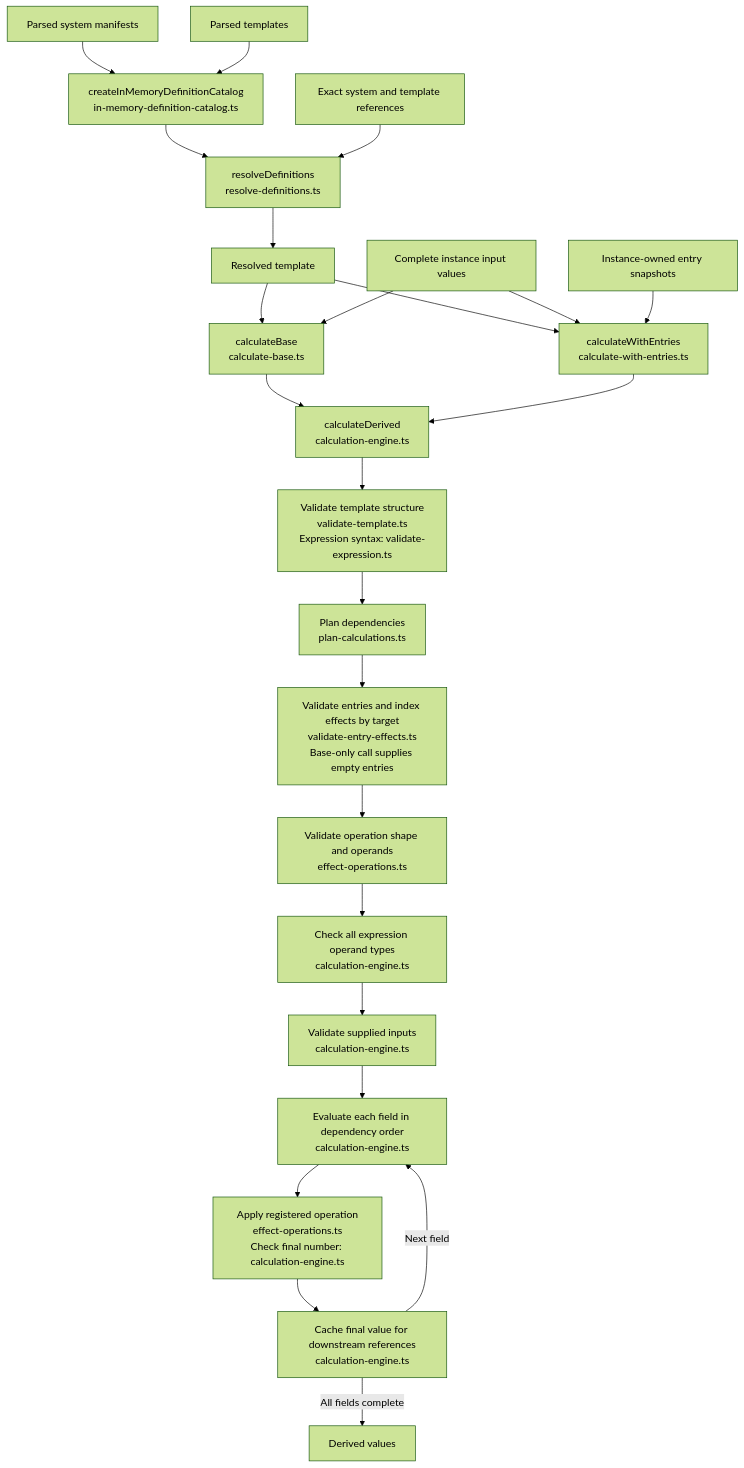
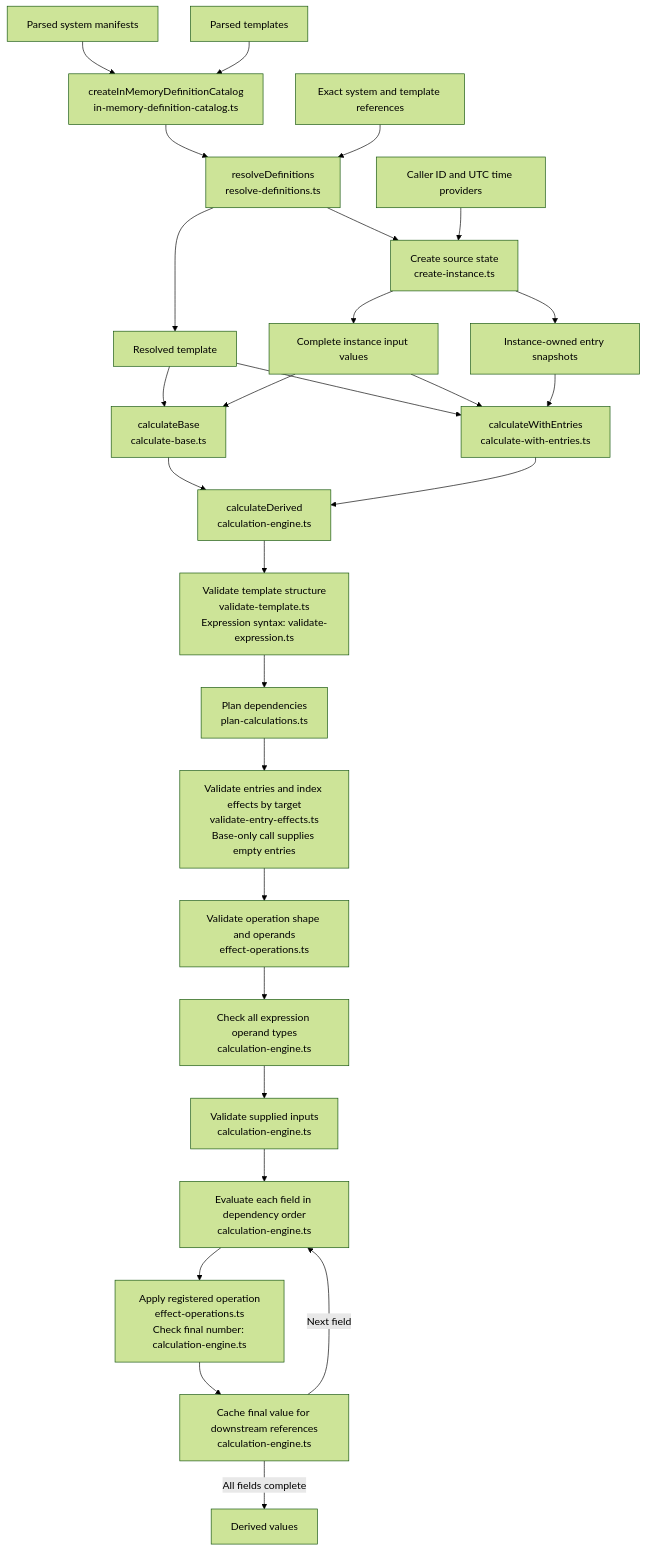
Before and after one commit to bduhbya/rpg_buddy: the diagram in src/domain/architecture.md, drawn with Mermaid (forest theme). The commit also changed other lines of this file and 8 other files, not shown here.

````diff
--- a/src/domain/architecture.md
+++ b/src/domain/architecture.md
@@ -24,26 +24,30 @@
 ```mermaid
 flowchart TD
     M[Parsed system manifests] --> C["createInMemoryDefinitionCatalog<br/>in-memory-definition-catalog.ts"]
     T[Parsed templates] --> C
     C --> R["resolveDefinitions<br/>resolve-definitions.ts"]
     I[Exact system and template references] --> R
     R --> RT[Resolved template]
+    R --> CI["Create source state<br/>create-instance.ts"]
+    P[Caller ID and UTC time providers] --> CI
+    CI --> V
+    CI --> N
     RT --> B["calculateBase<br/>calculate-base.ts"]
     RT --> W["calculateWithEntries<br/>calculate-with-entries.ts"]
     V[Complete instance input values] --> B
     V --> W
     N[Instance-owned entry snapshots] --> W
     B --> D["calculateDerived<br/>calculation-engine.ts"]
     W --> D
     D --> S["Validate template structure<br/>validate-template.ts<br/>Expression syntax: validate-expression.ts"]
     S --> G["Plan dependencies<br/>plan-calculations.ts"]
     G --> F["Validate entries and index effects by target<br/>validate-entry-effects.ts<br/>Base-only call supplies empty entries"]
     F --> H["Validate operation shape and operands<br/>effect-operations.ts"]
     H --> Y["Check all expression operand types<br/>calculation-engine.ts"]
     Y --> X["Validate supplied inputs<br/>calculation-engine.ts"]
     X --> E["Evaluate each field in dependency order<br/>calculation-engine.ts"]
     E --> A["Apply registered operation<br/>effect-operations.ts<br/>Check final number: calculation-engine.ts"]
     A --> K["Cache final value for downstream references<br/>calculation-engine.ts"]
     K -->|Next field| E
     K -->|All fields complete| O[Derived values]
 ```
````
